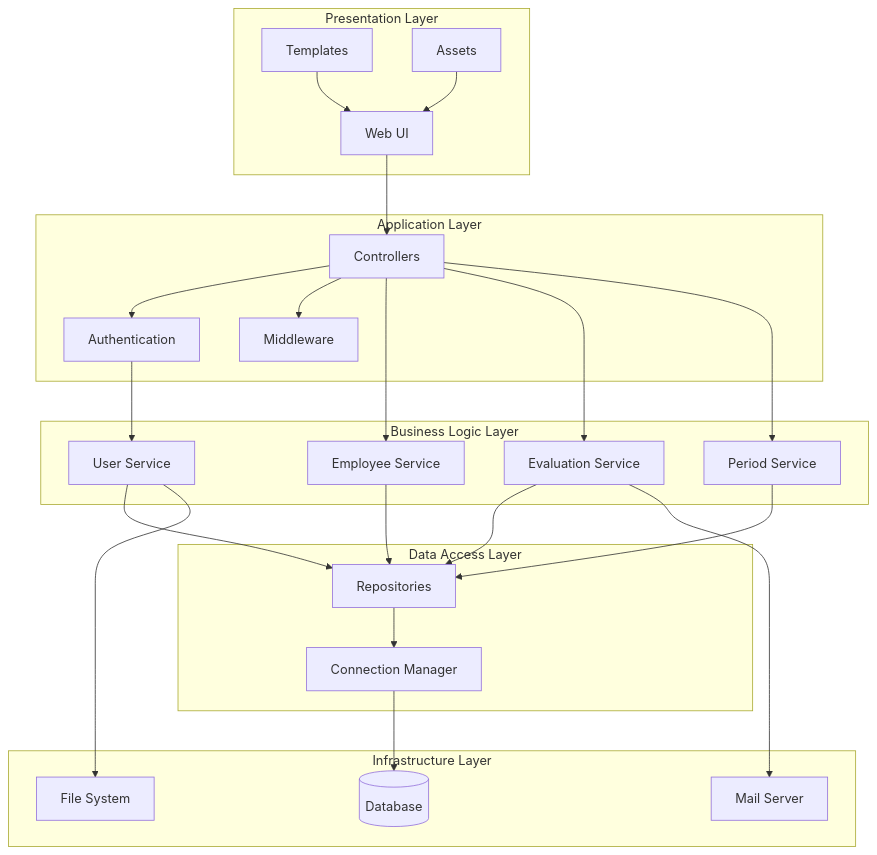
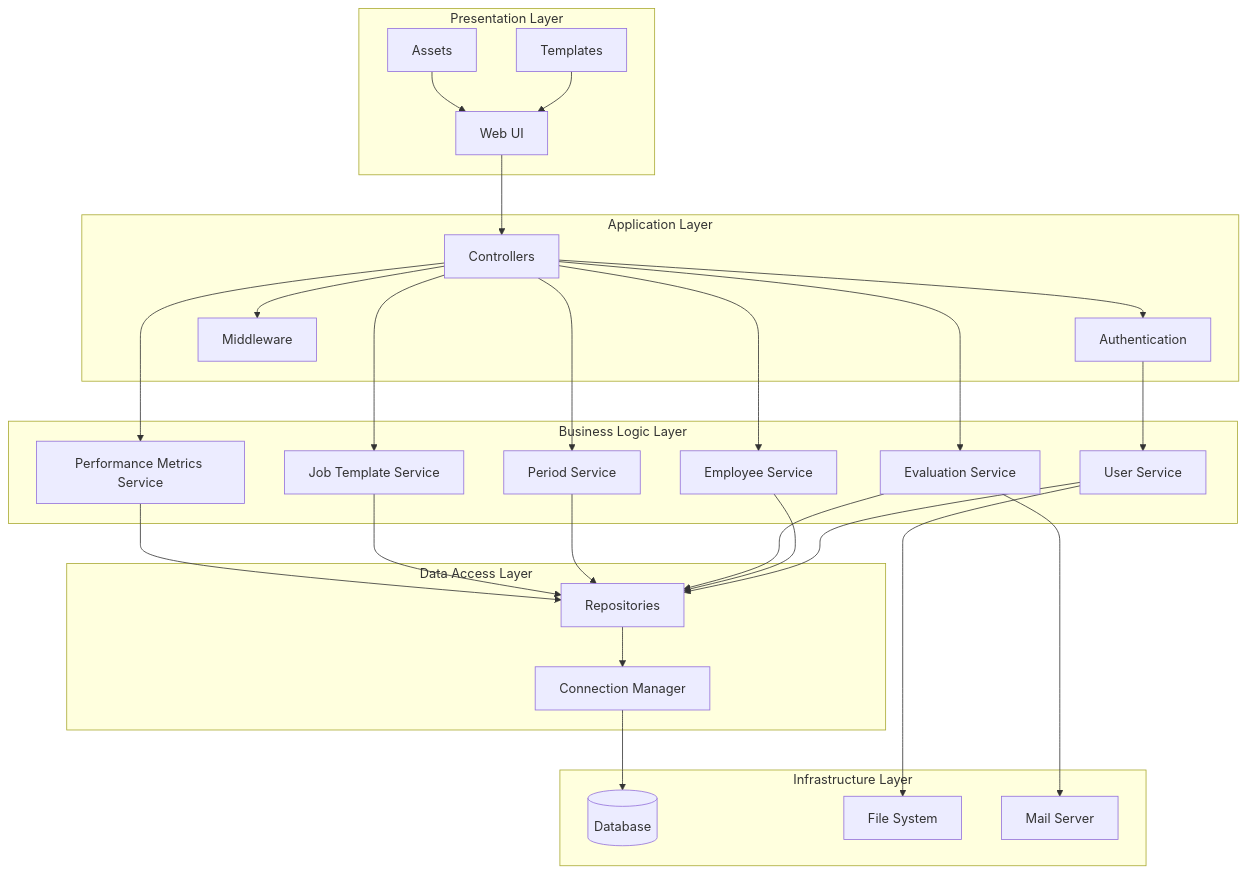
Before and after one commit to rascazzione/Universal-Development-HR-Sytem: the second of 5 diagrams in docs/ARCHITECTURE_DESIGN.md, drawn with Mermaid. The commit also changed other lines of this file and 22 other files, not shown here.

````diff
--- a/docs/ARCHITECTURE_DESIGN.md
+++ b/docs/ARCHITECTURE_DESIGN.md
@@ -256,50 +274,56 @@
 ```mermaid
 graph TD
     subgraph "Presentation Layer"
         UI[Web UI]
         TMPL[Templates]
         ASSETS[Assets]
     end
     
     subgraph "Application Layer"
         AUTH[Authentication]
         CTRL[Controllers]
         MIDDLEWARE[Middleware]
     end
     
     subgraph "Business Logic Layer"
         USER[User Service]
         EMP[Employee Service]
         EVAL[Evaluation Service]
         PERIOD[Period Service]
+        JT[Job Template Service]
+        METRICS[Performance Metrics Service]
     end
     
     subgraph "Data Access Layer"
         REPO[Repositories]
         CONN[Connection Manager]
     end
     
     subgraph "Infrastructure Layer"
         DB[(Database)]
         FS[File System]
         MAIL[Mail Server]
     end
     
     UI --> CTRL
     TMPL --> UI
     ASSETS --> UI
     CTRL --> AUTH
     CTRL --> MIDDLEWARE
     AUTH --> USER
     CTRL --> EMP
     CTRL --> EVAL
     CTRL --> PERIOD
+    CTRL --> JT
+    CTRL --> METRICS
     USER --> REPO
     EMP --> REPO
     EVAL --> REPO
     PERIOD --> REPO
+    JT --> REPO
+    METRICS --> REPO
     REPO --> CONN
     CONN --> DB
     USER --> FS
     EVAL --> MAIL
 ```
````
